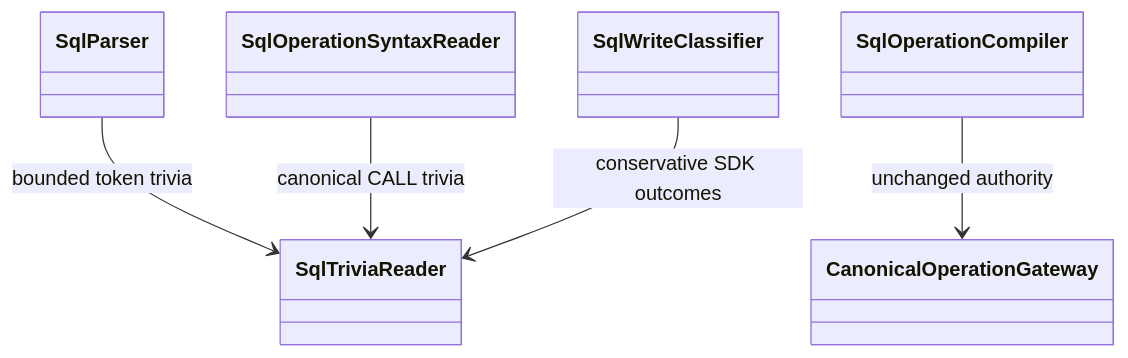
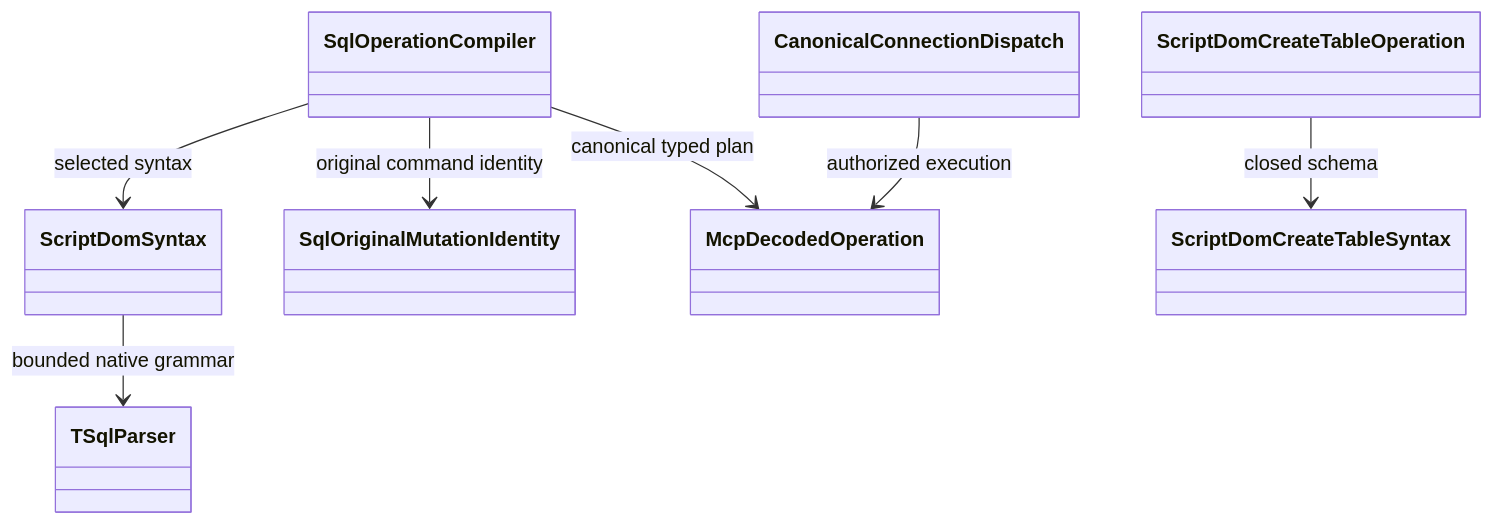
Before and after one commit to managedcode/KeyLoad: the third of 44 diagrams in docs/Architecture.md, drawn with Mermaid. The commit also changed other lines of this file and 106 other files, not shown here.

First line of the commit message:
Implement caller-identified CREATE TABLE and multi-block flows

````diff
--- a/docs/Architecture.md
+++ b/docs/Architecture.md
@@ -90,7 +96,9 @@
 ```mermaid
 classDiagram
-    SqlParser --> SqlTriviaReader : bounded token trivia
-    SqlOperationSyntaxReader --> SqlTriviaReader : canonical CALL trivia
-    SqlWriteClassifier --> SqlTriviaReader : conservative SDK outcomes
-    SqlOperationCompiler --> CanonicalOperationGateway : unchanged authority
+    ScriptDomSyntax --> TSqlParser : bounded native grammar
+    SqlOperationCompiler --> ScriptDomSyntax : selected syntax
+    SqlOperationCompiler --> SqlOriginalMutationIdentity : original command identity
+    SqlOperationCompiler --> McpDecodedOperation : canonical typed plan
+    ScriptDomCreateTableOperation --> ScriptDomCreateTableSyntax : closed schema
+    CanonicalConnectionDispatch --> McpDecodedOperation : authorized execution
 ```
````
